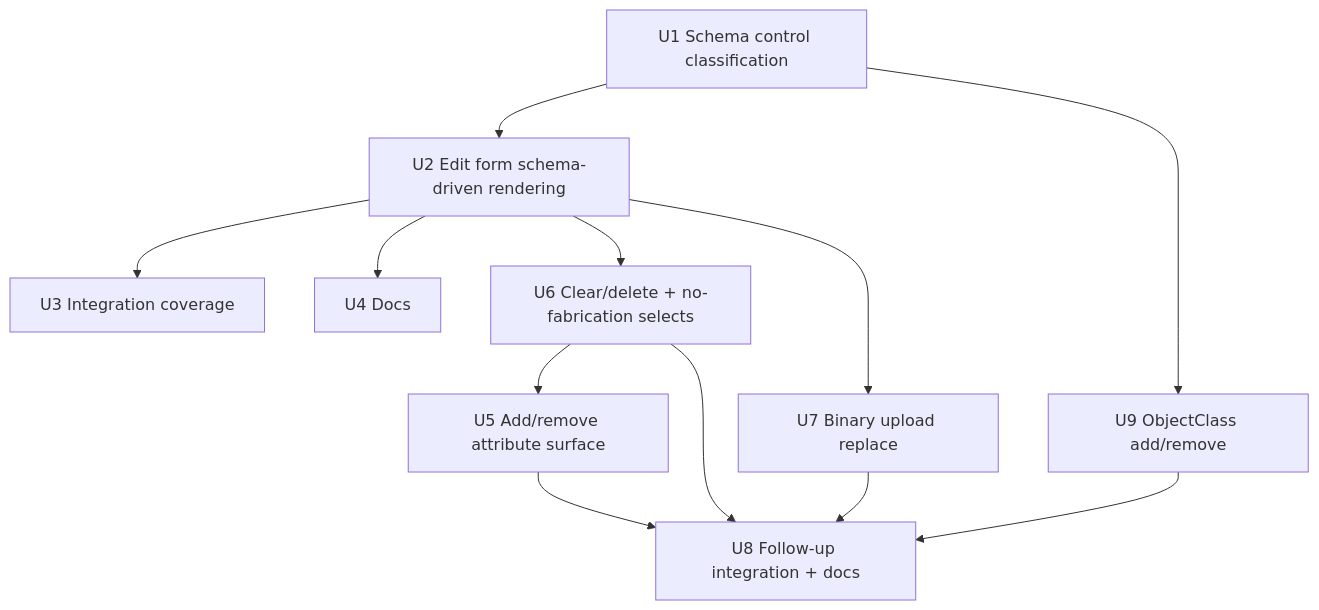
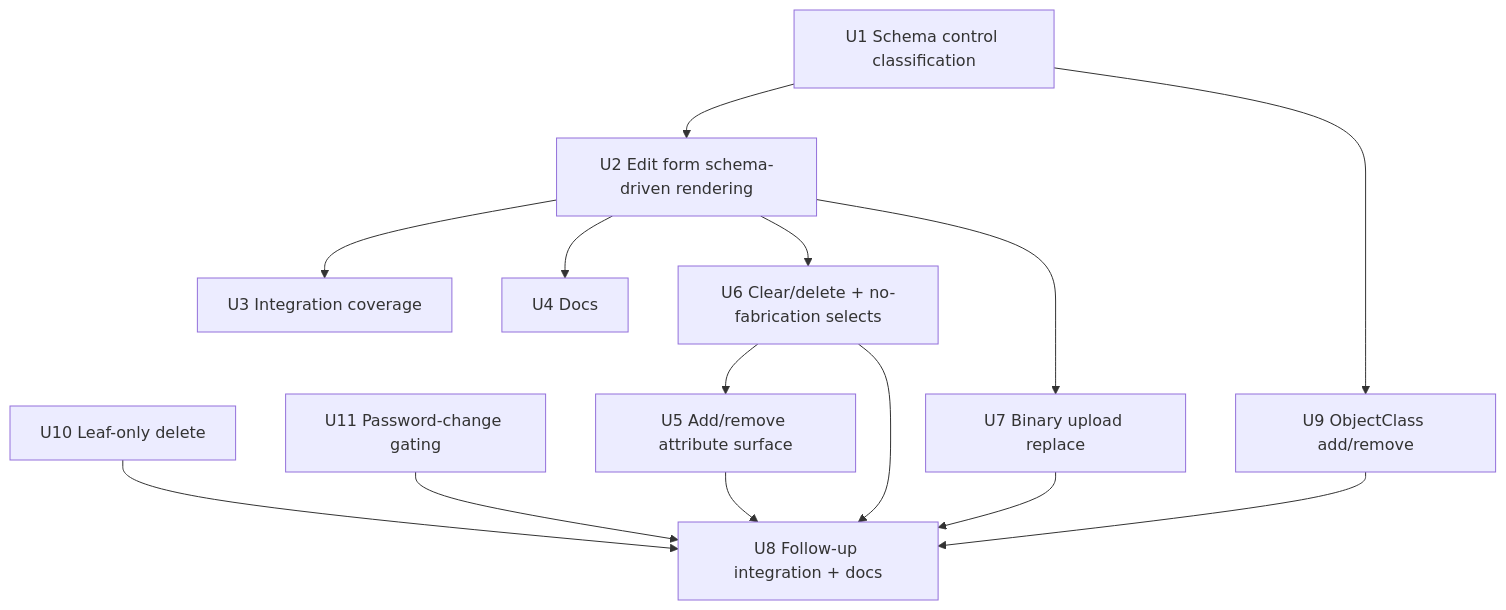
One commit to liut/ldapact changed the diagram in docs/plans/2026-08-27-001-feat-schema-driven-edit-controls-plan.md. Above: the diagram before and after it, drawn with Mermaid. The commit also changed other lines of this file and 8 other files, not shown here.

Commit message:
feat(entry): leaf-only delete; gate password change on userPassword presence

````diff
--- a/docs/plans/2026-08-27-001-feat-schema-driven-edit-controls-plan.md
+++ b/docs/plans/2026-08-27-001-feat-schema-driven-edit-controls-plan.md
@@ -265,14 +271,16 @@
 ```mermaid
 flowchart TB
     U1[U1 Schema control classification] --> U2[U2 Edit form schema-driven rendering]
     U2 --> U3[U3 Integration coverage]
     U2 --> U4[U4 Docs]
     U2 --> U6[U6 Clear/delete + no-fabrication selects]
     U6 --> U5[U5 Add/remove attribute surface]
     U2 --> U7[U7 Binary upload replace]
     U1 --> U9[U9 ObjectClass add/remove]
+    U10[U10 Leaf-only delete] --> U8
+    U11[U11 Password-change gating] --> U8
     U5 --> U8[U8 Follow-up integration + docs]
     U6 --> U8
     U7 --> U8
     U9 --> U8
 ```
````
